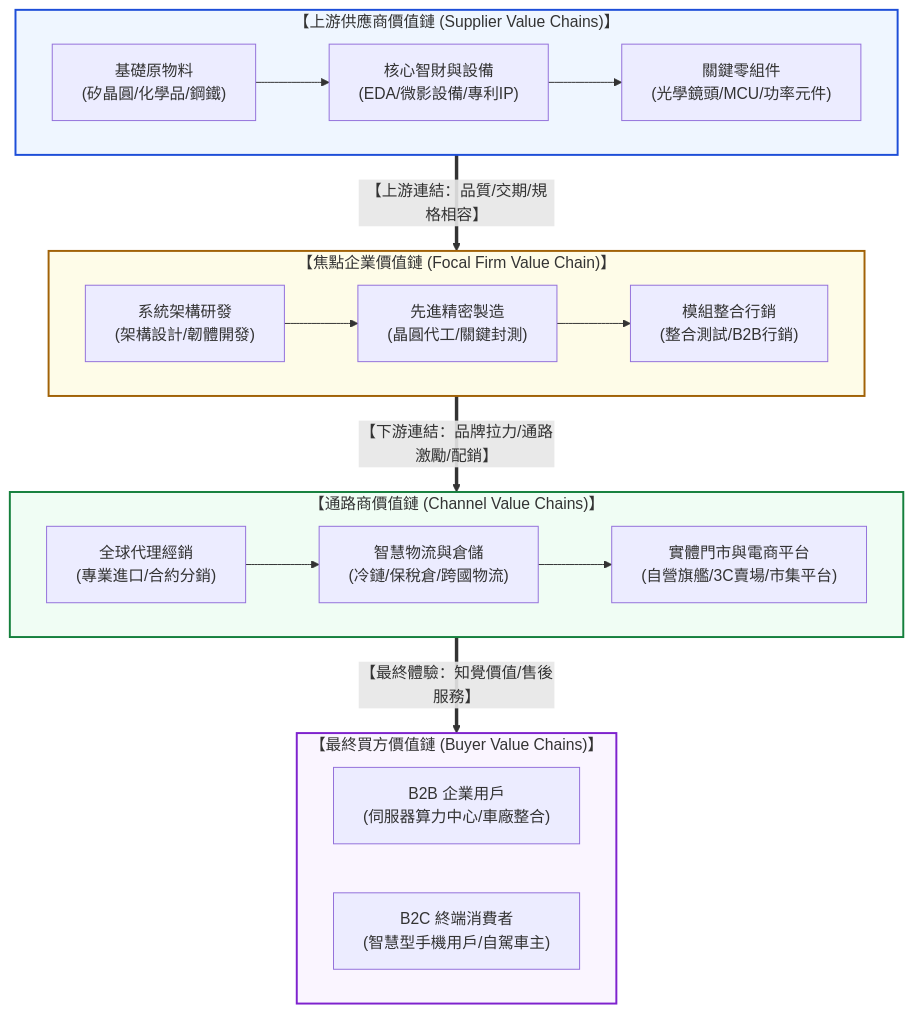
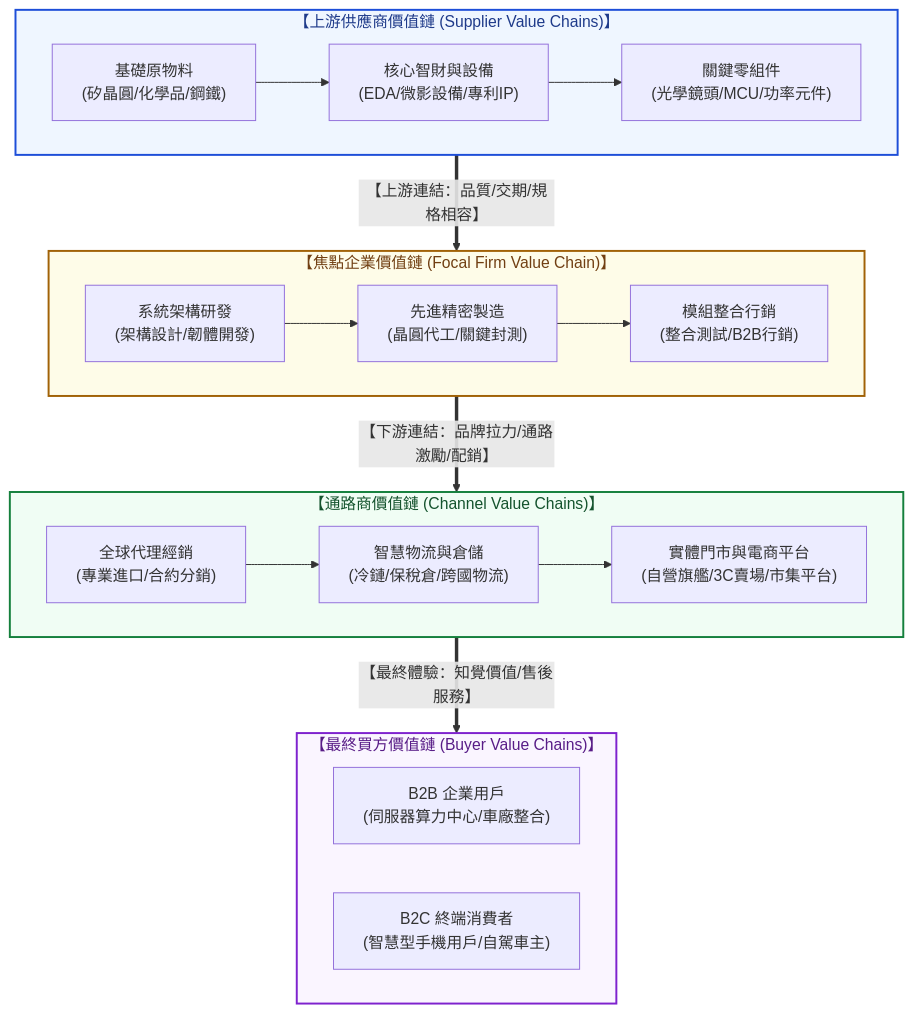
The first of 4 diagrams in src/site/notes/98_商業概念庫/value-system_產業價值體系.md (Jimlin0428/my-digital-garden), drawn with Mermaid before and after one commit. The commit also changed other lines of this file and 99 other files, not shown here.

````diff
--- a/src/site/notes/98_商業概念庫/value-system_產業價值體系.md
+++ b/src/site/notes/98_商業概念庫/value-system_產業價值體系.md
@@ -86,32 +86,32 @@
 ```mermaid
 flowchart TD
     subgraph Upstream ["【上游供應商價值鏈 (Supplier Value Chains)】"]
         direction LR
         S1["基礎原物料<br/>(矽晶圓/化學品/鋼鐵)"] --> S2["核心智財與設備<br/>(EDA/微影設備/專利IP)"] --> S3["關鍵零組件<br/>(光學鏡頭/MCU/功率元件)"]
     end
 
     subgraph FocalFirm ["【焦點企業價值鏈 (Focal Firm Value Chain)】"]
         direction LR
         F1["系統架構研發<br/>(架構設計/韌體開發)"] --> F2["先進精密製造<br/>(晶圓代工/關鍵封測)"] --> F3["模組整合行銷<br/>(整合測試/B2B行銷)"]
     end
 
     subgraph Channels ["【通路商價值鏈 (Channel Value Chains)】"]
         direction LR
         C1["全球代理經銷<br/>(專業進口/合約分銷)"] --> C2["智慧物流與倉儲<br/>(冷鏈/保稅倉/跨國物流)"] --> C3["實體門市與電商平台<br/>(自營旗艦/3C賣場/市集平台)"]
     end
 
     subgraph Buyers ["【最終買方價值鏈 (Buyer Value Chains)】"]
         direction LR
         B1["B2B 企業用戶<br/>(伺服器算力中心/車廠整合)"]
         B2["B2C 終端消費者<br/>(智慧型手機用戶/自駕車主)"]
     end
 
     Upstream == "【上游連結：品質/交期/規格相容】" ==> FocalFirm
     FocalFirm == "【下游連結：品牌拉力/通路激勵/配銷】" ==> Channels
     Channels == "【最終體驗：知覺價值/售後服務】" ==> Buyers
 
-    style Upstream fill:#eff6ff,stroke:#1d4ed8,stroke-width:2px
-    style FocalFirm fill:#fefce8,stroke:#a16207,stroke-width:2px
-    style Channels fill:#f0fdf4,stroke:#15803d,stroke-width:2px
-    style Buyers fill:#faf5ff,stroke:#7e22ce,stroke-width:2px
+    style Upstream fill:#eff6ff,stroke:#1d4ed8,stroke-width:2px,color:#1e3a8a
+    style FocalFirm fill:#fefce8,stroke:#a16207,stroke-width:2px,color:#713f12
+    style Channels fill:#f0fdf4,stroke:#15803d,stroke-width:2px,color:#14532d
+    style Buyers fill:#faf5ff,stroke:#7e22ce,stroke-width:2px,color:#581c87
 ```
````
